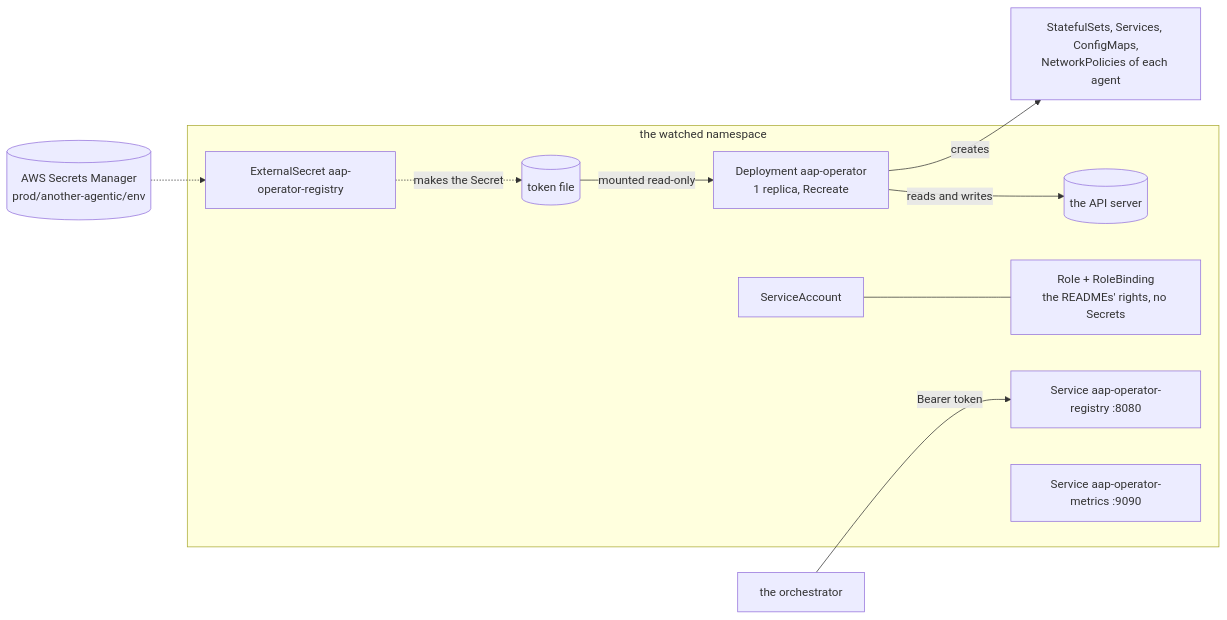
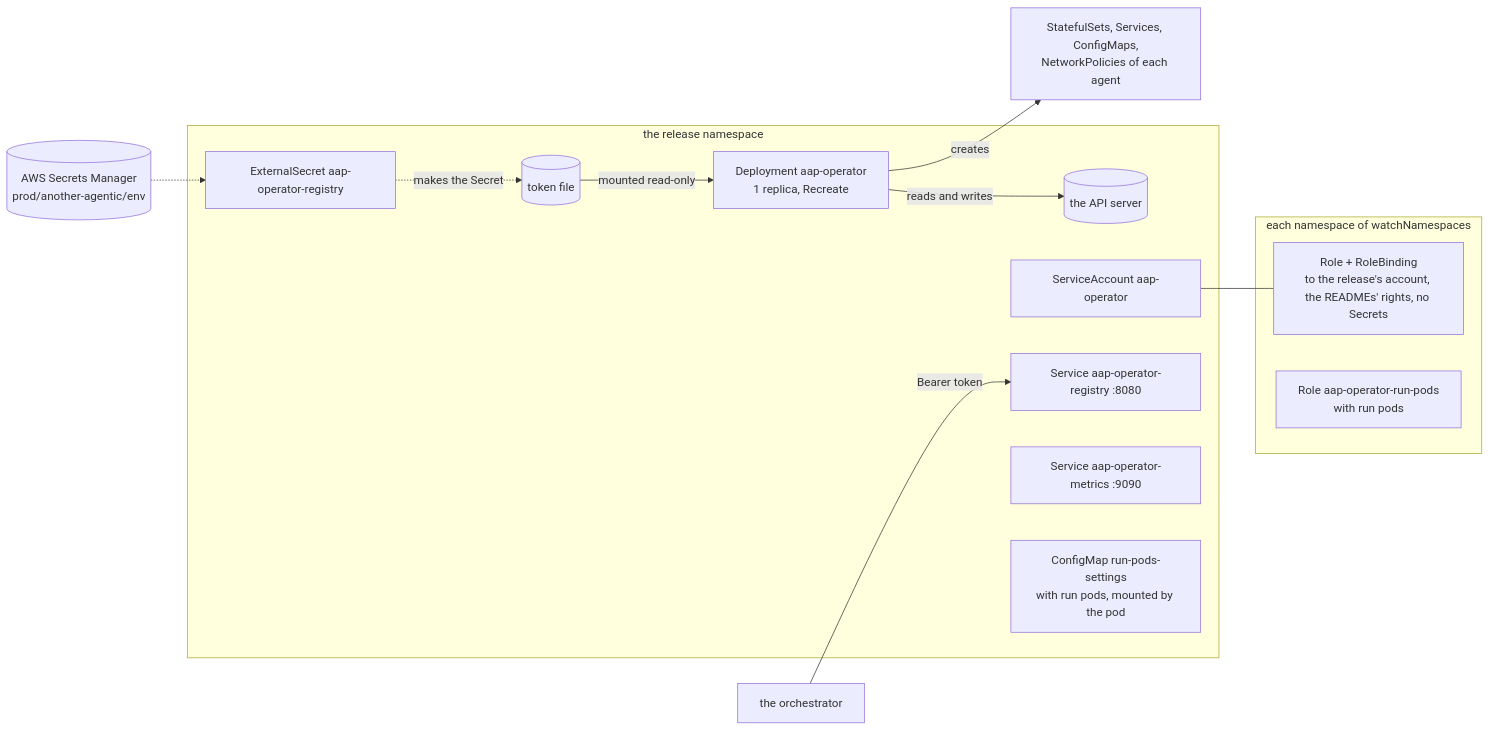
One commit to vymalo/another-agentic-platform changed the first of 4 diagrams in deploy/operator/README.md. Above: the diagram before and after it, drawn with Mermaid. The commit also changed other lines of this file and 20 other files, not shown here.

First line of the commit message:
feat(chart): one Role and RoleBinding per watched namespace (K6a)

````diff
--- a/deploy/operator/README.md
+++ b/deploy/operator/README.md
@@ -10,14 +10,20 @@
 ```mermaid
 flowchart LR
-  subgraph ns[the watched namespace]
+  subgraph rel[the release namespace]
     D[Deployment aap-operator<br/>1 replica, Recreate] -->|reads and writes| API[(the API server)]
-    SA[ServiceAccount] --- R[Role + RoleBinding<br/>the READMEs' rights, no Secrets]
+    SA[ServiceAccount aap-operator]
     S1[Service aap-operator-registry :8080]
     S2[Service aap-operator-metrics :9090]
     ES[ExternalSecret aap-operator-registry] -.->|makes the Secret| T[(token file)]
     T -->|mounted read-only| D
+    CM[ConfigMap run-pods-settings<br/>with run pods, mounted by the pod]
   end
+  subgraph watch[each namespace of watchNamespaces]
+    R[Role + RoleBinding<br/>to the release's account, the READMEs' rights, no Secrets]
+    RP[Role aap-operator-run-pods<br/>with run pods]
+  end
+  SA --- R
   AWS[(AWS Secrets Manager<br/>prod/another-agentic/env)] -.-> ES
   O[the orchestrator] -->|Bearer token| S1
   D -->|creates| A[StatefulSets, Services, ConfigMaps,<br/>NetworkPolicies of each agent]
 ```
````
